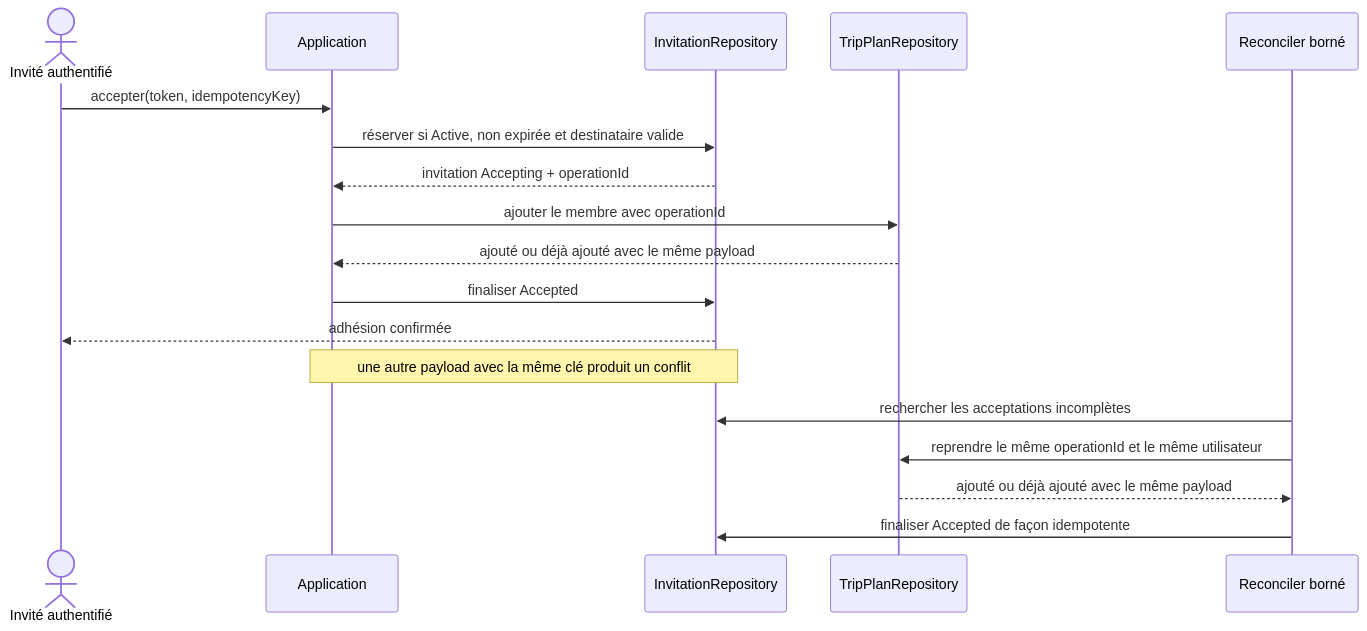
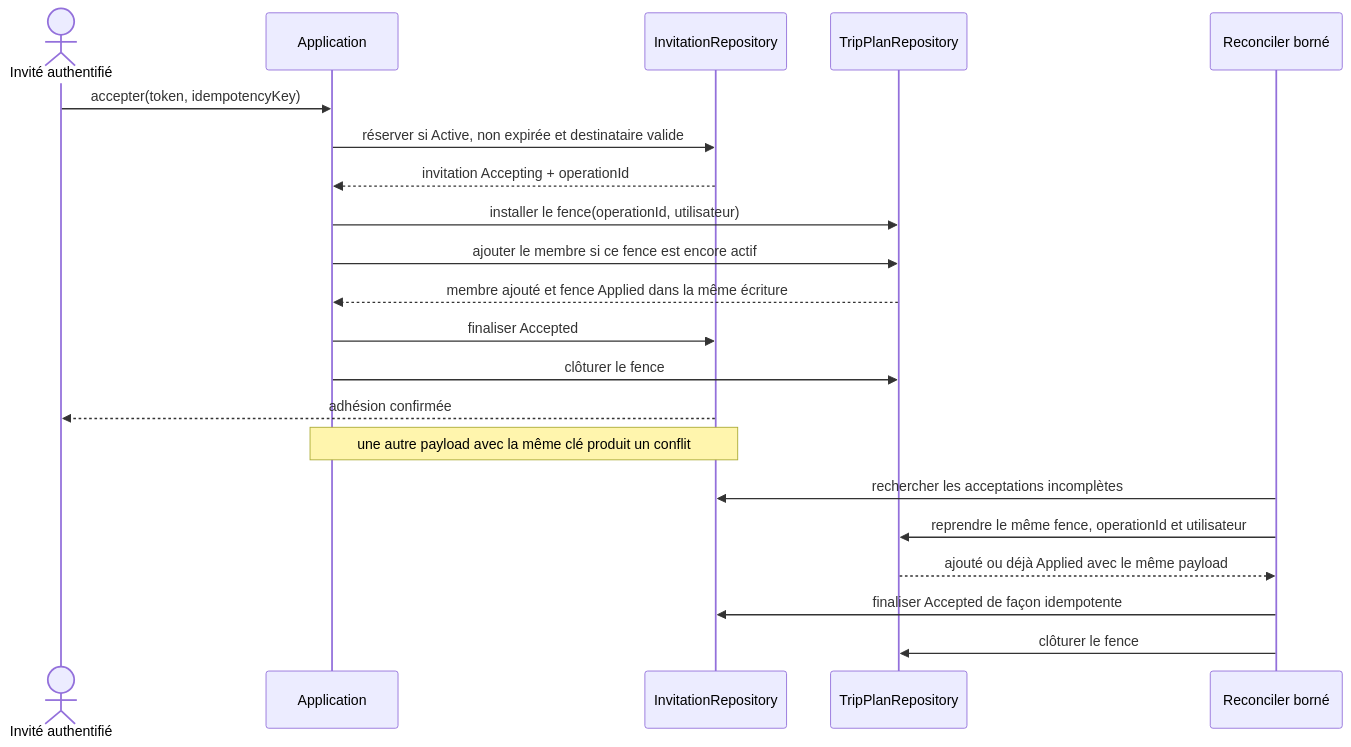
Before and after one commit to Ced59/AmusementParkProject: the second of 4 diagrams in docs/architecture/product-growth-trip-01-aggregate-roles-privacy-2026-09-17.md, drawn with Mermaid. The commit also changed other lines of this file, not shown here.

Commit message:
docs(trip): clôturer les admissions révoquées

````diff
--- a/docs/architecture/product-growth-trip-01-aggregate-roles-privacy-2026-09-17.md
+++ b/docs/architecture/product-growth-trip-01-aggregate-roles-privacy-2026-09-17.md
@@ -243,21 +244,24 @@
 ```mermaid
 sequenceDiagram
     actor I as Invité authentifié
     participant A as Application
     participant R as InvitationRepository
     participant P as TripPlanRepository
     participant J as Reconciler borné
 
     I->>A: accepter(token, idempotencyKey)
     A->>R: réserver si Active, non expirée et destinataire valide
     R-->>A: invitation Accepting + operationId
-    A->>P: ajouter le membre avec operationId
-    P-->>A: ajouté ou déjà ajouté avec le même payload
+    A->>P: installer le fence(operationId, utilisateur)
+    A->>P: ajouter le membre si ce fence est encore actif
+    P-->>A: membre ajouté et fence Applied dans la même écriture
     A->>R: finaliser Accepted
+    A->>P: clôturer le fence
     R-->>I: adhésion confirmée
     Note over A,R: une autre payload avec la même clé produit un conflit
     J->>R: rechercher les acceptations incomplètes
-    J->>P: reprendre le même operationId et le même utilisateur
-    P-->>J: ajouté ou déjà ajouté avec le même payload
+    J->>P: reprendre le même fence, operationId et utilisateur
+    P-->>J: ajouté ou déjà Applied avec le même payload
     J->>R: finaliser Accepted de façon idempotente
+    J->>P: clôturer le fence
 ```
````
